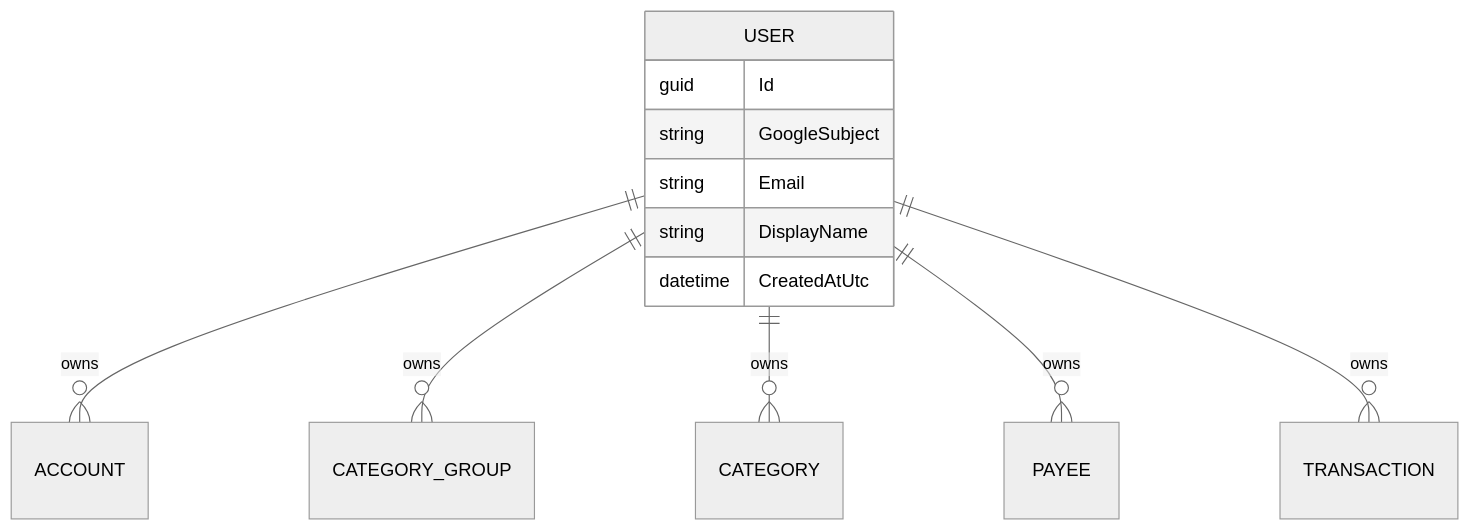
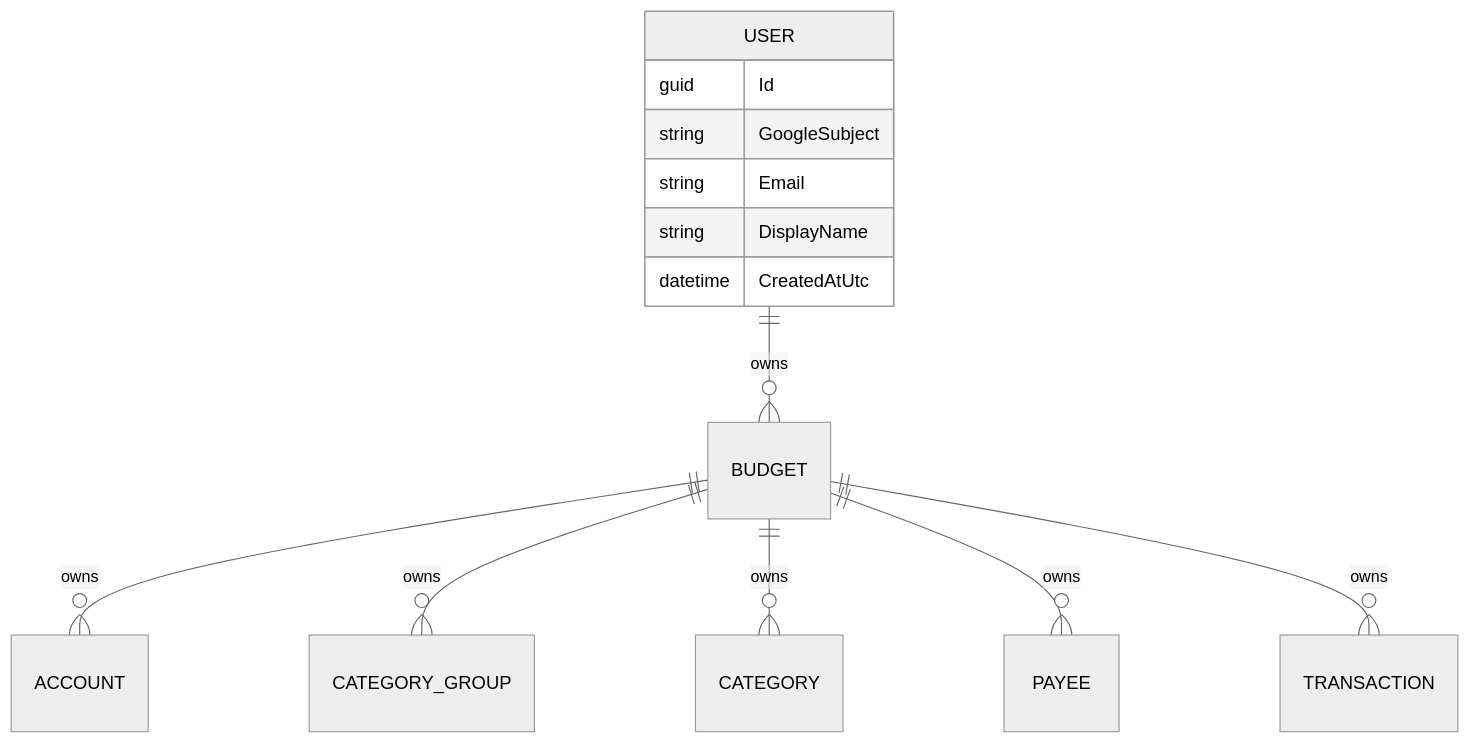
One commit to anton-kochev/budgetoid changed the first of 2 diagrams in docs/business-logic/users-and-ownership.md. Above: the diagram before and after it, drawn with Mermaid (neutral theme). The commit also changed other lines of this file and 63 other files, not shown here.

First line of the commit message:
feat: scope ownership to a budget instead of a user

````diff
--- a/docs/business-logic/users-and-ownership.md
+++ b/docs/business-logic/users-and-ownership.md
@@ -34,15 +33,16 @@
 ```mermaid
 erDiagram
-    USER ||--o{ ACCOUNT : owns
-    USER ||--o{ CATEGORY_GROUP : owns
-    USER ||--o{ CATEGORY : owns
-    USER ||--o{ PAYEE : owns
-    USER ||--o{ TRANSACTION : owns
+    USER ||--o{ BUDGET : owns
+    BUDGET ||--o{ ACCOUNT : owns
+    BUDGET ||--o{ CATEGORY_GROUP : owns
+    BUDGET ||--o{ CATEGORY : owns
+    BUDGET ||--o{ PAYEE : owns
+    BUDGET ||--o{ TRANSACTION : owns
     USER {
         guid Id
         string GoogleSubject
         string Email
         string DisplayName
         datetime CreatedAtUtc
     }
 ```
````
